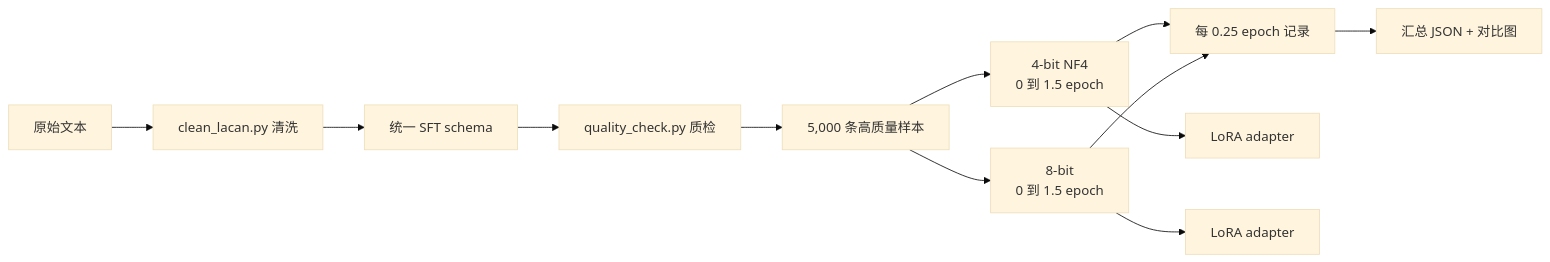
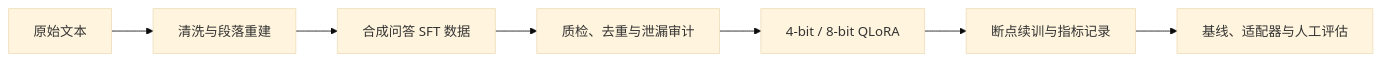
The diagram in README.md (billylu24/LacanLLM), drawn with Mermaid (base theme) before and after one commit. The commit also changed other lines of this file and 30 other files, not shown here.

````diff
--- a/README.md
+++ b/README.md
@@ -128,14 +11,9 @@
 ```mermaid
 flowchart LR
-    A[原始文本] --> B[clean_lacan.py 清洗]
-    B --> C[统一 SFT schema]
-    C --> D[quality_check.py 质检]
-    D --> E[5,000 条高质量样本]
-    E --> F[4-bit NF4<br/>0 到 1.5 epoch]
-    E --> G[8-bit<br/>0 到 1.5 epoch]
-    F --> H[每 0.25 epoch 记录]
-    G --> H
-    H --> I[汇总 JSON + 对比图]
-    F --> J[LoRA adapter]
-    G --> K[LoRA adapter]
+    A["原始文本"] --> B["清洗与段落重建"]
+    B --> C["合成问答 SFT 数据"]
+    C --> D["质检、去重与泄漏审计"]
+    D --> E["4-bit / 8-bit QLoRA"]
+    E --> F["断点续训与指标记录"]
+    F --> G["基线、适配器与人工评估"]
 ```
````
